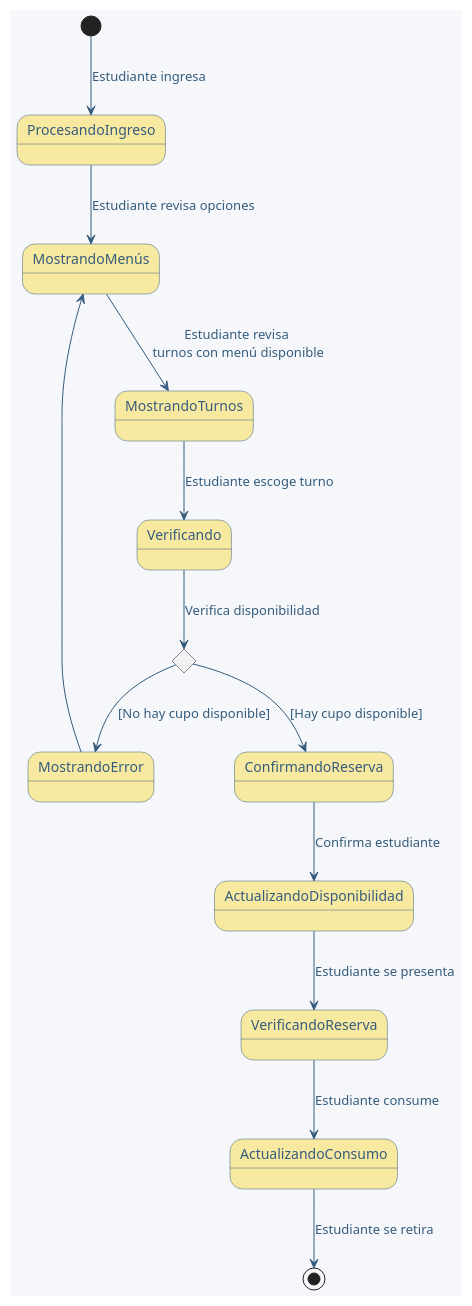
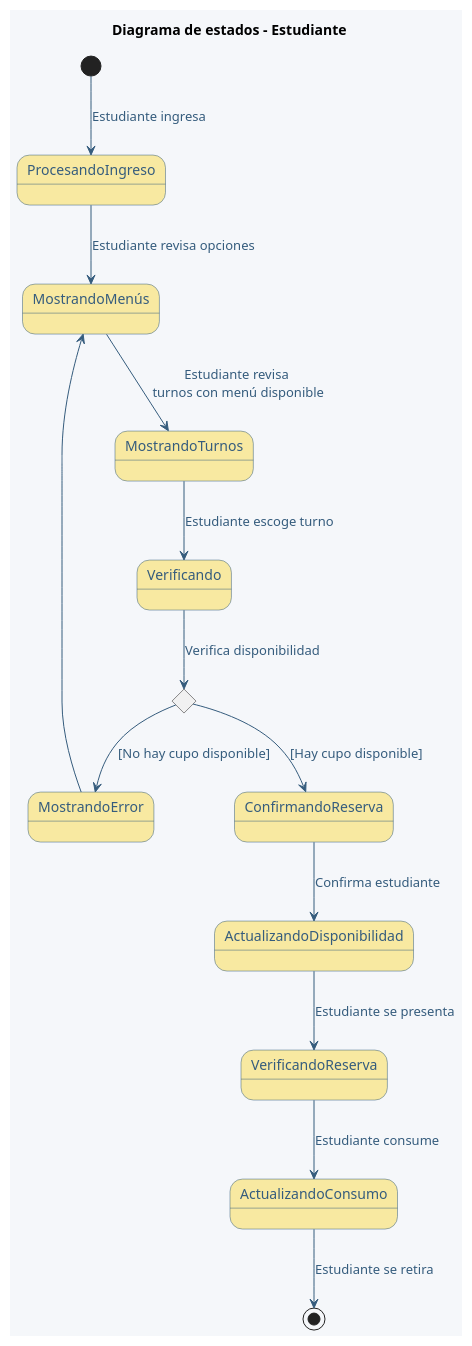
The diagram in docs/ModeloDeNegocios/diagrama_de_estados1.plantuml (IsaacTou/IS--8---C1-), drawn with PlantUML before and after one commit. The commit also changed 8 other files, not shown here.

```diff
--- a/docs/ModeloDeNegocios/diagrama_de_estados1.plantuml
+++ b/docs/ModeloDeNegocios/diagrama_de_estados1.plantuml
@@ -1,29 +1,30 @@
 @startuml DiagramaDeEstados (Estudiante)
+title Diagrama de estados - Estudiante
 
 ' Colores generales
 skinparam backgroundColor #F5F7FA
 skinparam stateStartColor #A7C7E7
 skinparam stateEndColor #F67280
 skinparam stateBackgroundColor #F8E9A1
 skinparam stateBorderColor #355C7D
 skinparam stateFontColor #355C7D
 skinparam stateFontSize 14
 skinparam ArrowColor #355C7D
 skinparam ArrowFontColor #355C7D
 
 state c <<choice>> #F67280
 
 [*] --> ProcesandoIngreso : Estudiante ingresa
 ProcesandoIngreso --> MostrandoMenús : Estudiante revisa opciones
 MostrandoMenús --> MostrandoTurnos : Estudiante revisa\n turnos con menú disponible 
 MostrandoTurnos --> Verificando : Estudiante escoge turno
 Verificando --> c : Verifica disponibilidad
 c --> ConfirmandoReserva : [Hay cupo disponible]
 c --> MostrandoError : [No hay cupo disponible]
 MostrandoMenús <-- MostrandoError
 ConfirmandoReserva --> ActualizandoDisponibilidad : Confirma estudiante
 ActualizandoDisponibilidad --> VerificandoReserva : Estudiante se presenta
 VerificandoReserva --> ActualizandoConsumo : Estudiante consume
 ActualizandoConsumo --> [*] : Estudiante se retira
 
 @enduml
```
